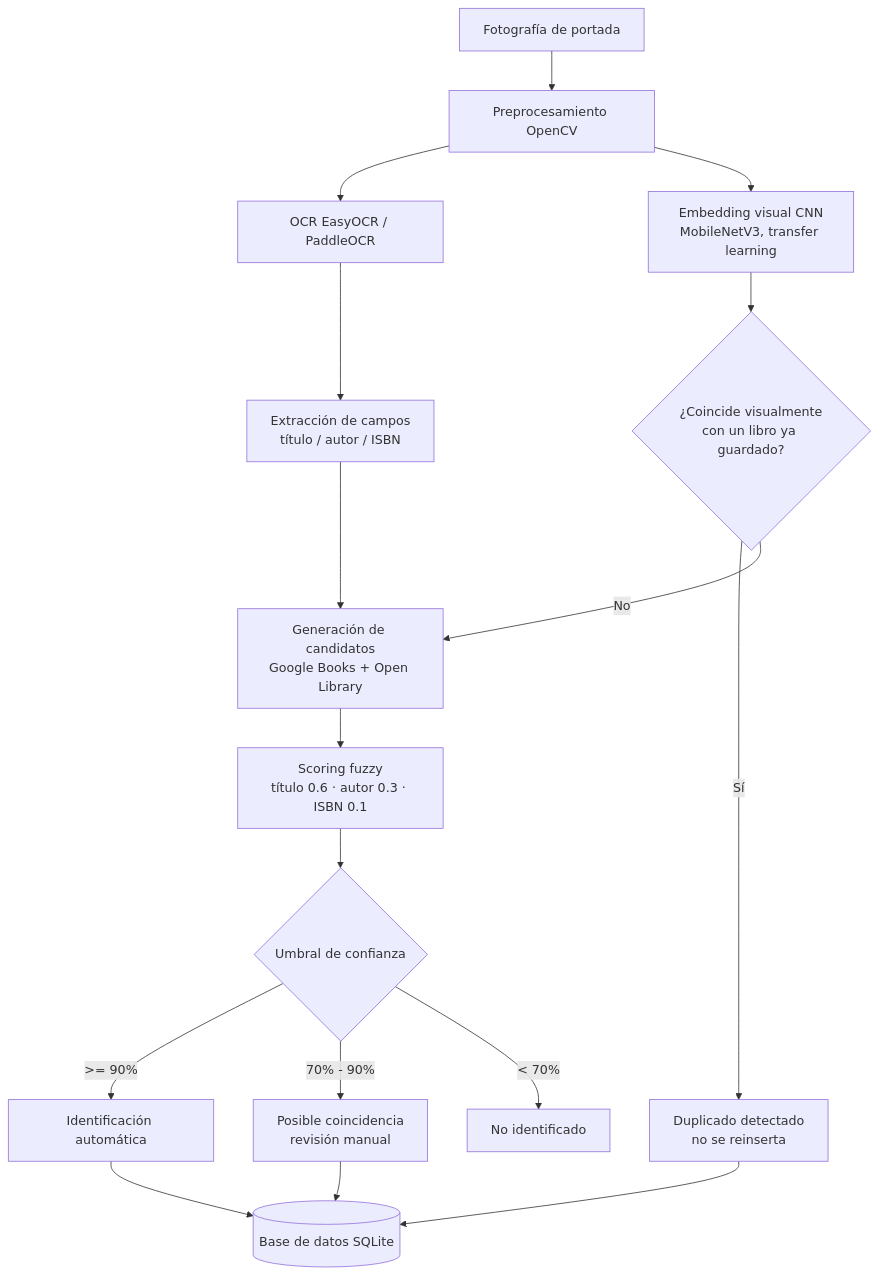
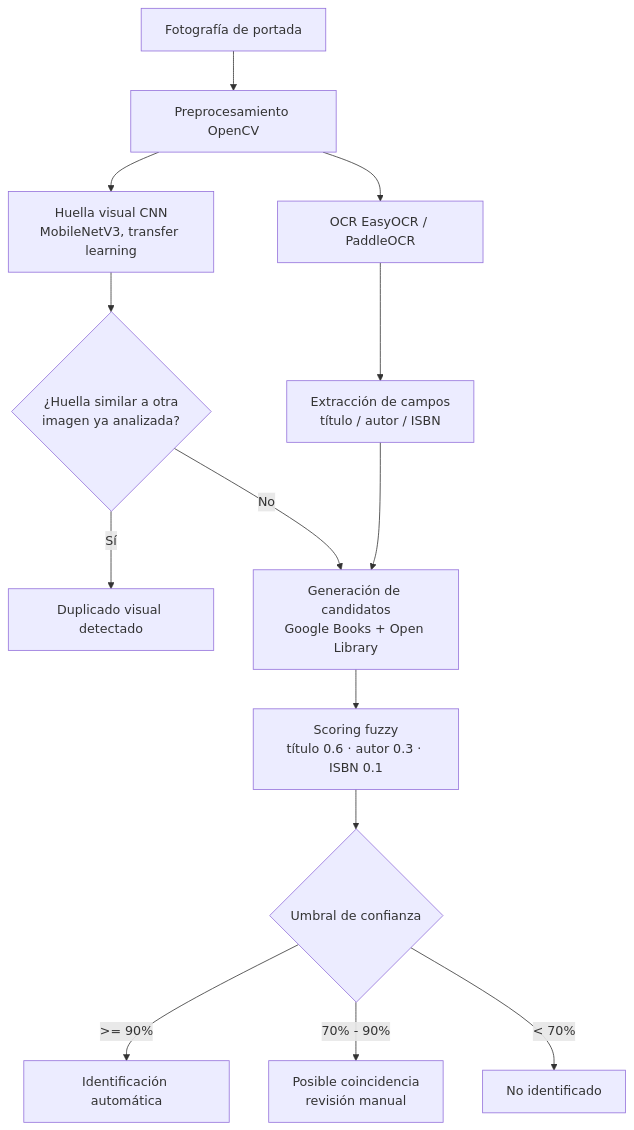
One commit to aav16/TFM_BookVision_SistemaInteligenteCatalogacionLibros changed the first of 2 diagrams in docs/DOCUMENTACION_TECNICA.md. Above: the diagram before and after it, drawn with Mermaid. The commit also changed other lines of this file and 16 other files, not shown here.

````diff
--- a/docs/DOCUMENTACION_TECNICA.md
+++ b/docs/DOCUMENTACION_TECNICA.md
@@ -68,19 +80,16 @@
 ```mermaid
 flowchart TD
     A[Fotografía de portada] --> B[Preprocesamiento OpenCV]
     B --> C[OCR EasyOCR / PaddleOCR]
     C --> D[Extracción de campos<br/>título / autor / ISBN]
-    B --> E[Embedding visual CNN<br/>MobileNetV3, transfer learning]
-    E --> F{¿Coincide visualmente<br/>con un libro ya guardado?}
-    F -- Sí --> G[Duplicado detectado<br/>no se reinserta]
+    B --> E[Huella visual CNN<br/>MobileNetV3, transfer learning]
+    E --> F{¿Huella similar a otra<br/>imagen ya analizada?}
+    F -- Sí --> G[Duplicado visual detectado]
     F -- No --> H[Generación de candidatos<br/>Google Books + Open Library]
     D --> H
     H --> I[Scoring fuzzy<br/>título 0.6 · autor 0.3 · ISBN 0.1]
     I --> J{Umbral de confianza}
     J -- ">= 90%" --> K[Identificación automática]
     J -- "70% - 90%" --> L[Posible coincidencia<br/>revisión manual]
     J -- "< 70%" --> M[No identificado]
-    K --> N[(Base de datos SQLite)]
-    L --> N
-    G --> N
 ```
````
